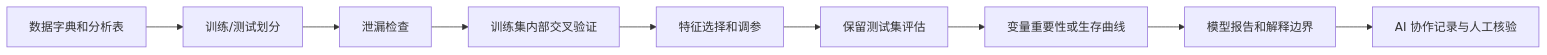
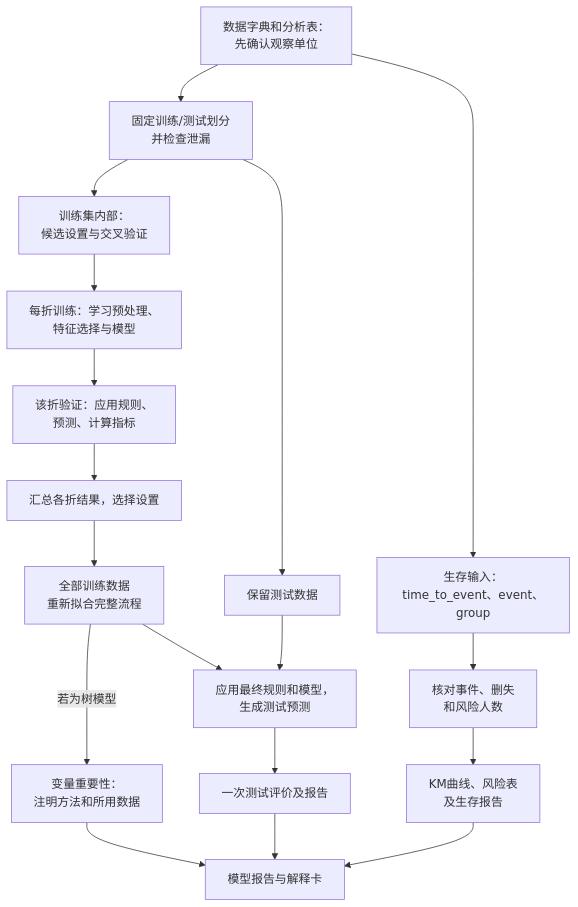
The first of 5 diagrams in docs/chapters/chapter-10/index.md (luvega/AI_MED_DataVis), drawn with Mermaid before and after one commit. The commit also changed other lines of this file and 30 other files, not shown here.

Commit message:
Redraw textbook diagrams and correct data-flow relationships

```diff
--- a/docs/chapters/chapter-10/index.md
+++ b/docs/chapters/chapter-10/index.md
@@ -62,11 +62,20 @@
 ~~~mermaid
-flowchart LR
-  A["数据字典和分析表"] --> B["训练/测试划分"]
-  B --> C["泄漏检查"]
-  C --> D["训练集内部交叉验证"]
-  D --> E["特征选择和调参"]
-  E --> F["保留测试集评估"]
-  F --> G["变量重要性或生存曲线"]
-  G --> H["模型报告和解释边界"]
-  H --> I["AI 协作记录与人工核验"]
+flowchart TD
+  A["数据字典和分析表：<br/>先确认观察单位"] --> B["固定训练/测试划分<br/>并检查泄漏"]
+  B --> C["训练集内部：<br/>候选设置与交叉验证"]
+  B --> T["保留测试数据"]
+  C --> D["每折训练：学习预处理、<br/>特征选择与模型"]
+  D --> E["该折验证：应用规则、<br/>预测、计算指标"]
+  E --> F["汇总各折结果，选择设置"]
+  F --> G["全部训练数据<br/>重新拟合完整流程"]
+  G --> H["应用最终规则和模型，<br/>生成测试预测"]
+  T --> H
+  H --> I["一次测试评价及报告"]
+  G -->|若为树模型| J["变量重要性：<br/>注明方法和所用数据"]
+  J --> K["模型报告与解释卡"]
+  I --> K
+  A --> S["生存输入：<br/>time_to_event、event、group"]
+  S --> U["核对事件、删失<br/>和风险人数"]
+  U --> V["KM曲线、风险表<br/>及生存报告"]
+  V --> K
 ~~~
```
